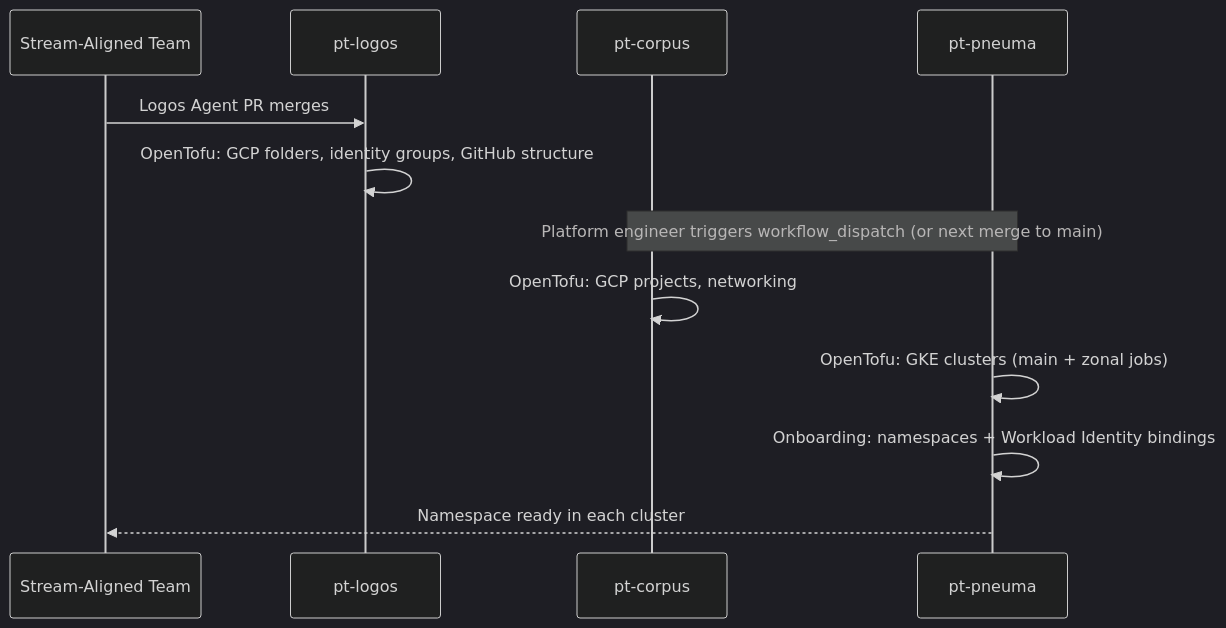
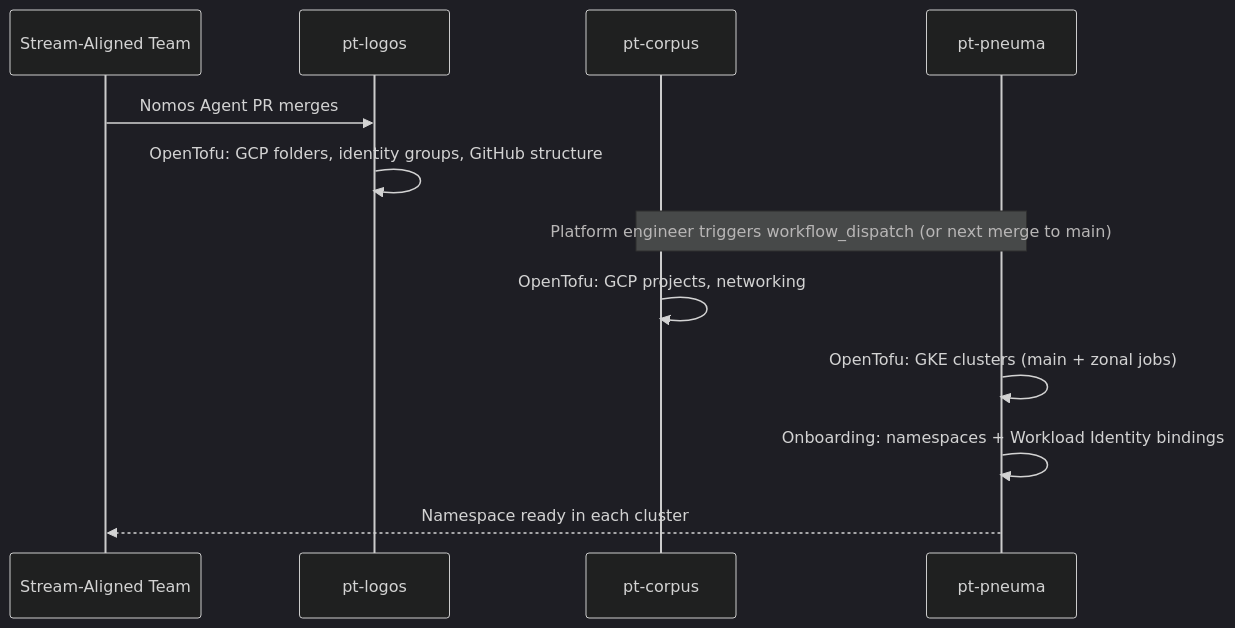
One commit to osinfra-io/pt-ekklesia-docs changed the diagram in docs/platform-grouping/pneuma/cluster-management.md. Above: the diagram before and after it, drawn with Mermaid (dark theme). The commit also changed 1 other file, not shown here.

Commit message:
Update remaining Logos Agent references to Nomos Agent
Also update the clone/cd instructions to point to pt-techne-agents.

````diff
--- a/docs/platform-grouping/pneuma/cluster-management.md
+++ b/docs/platform-grouping/pneuma/cluster-management.md
@@ -17,17 +17,17 @@
 ```mermaid
 sequenceDiagram
     participant Team as Stream-Aligned Team
     participant Logos as pt-logos
     participant Corpus as pt-corpus
     participant Pneuma as pt-pneuma
 
-    Team->>Logos: Logos Agent PR merges
+    Team->>Logos: Nomos Agent PR merges
     Logos->>Logos: OpenTofu: GCP folders, identity groups, GitHub structure
 
     Note over Corpus,Pneuma: Platform engineer triggers workflow_dispatch (or next merge to main)
 
     Corpus->>Corpus: OpenTofu: GCP projects, networking
     Pneuma->>Pneuma: OpenTofu: GKE clusters (main + zonal jobs)
     Pneuma->>Pneuma: Onboarding: namespaces + Workload Identity bindings
     Pneuma-->>Team: Namespace ready in each cluster
 ```
````
